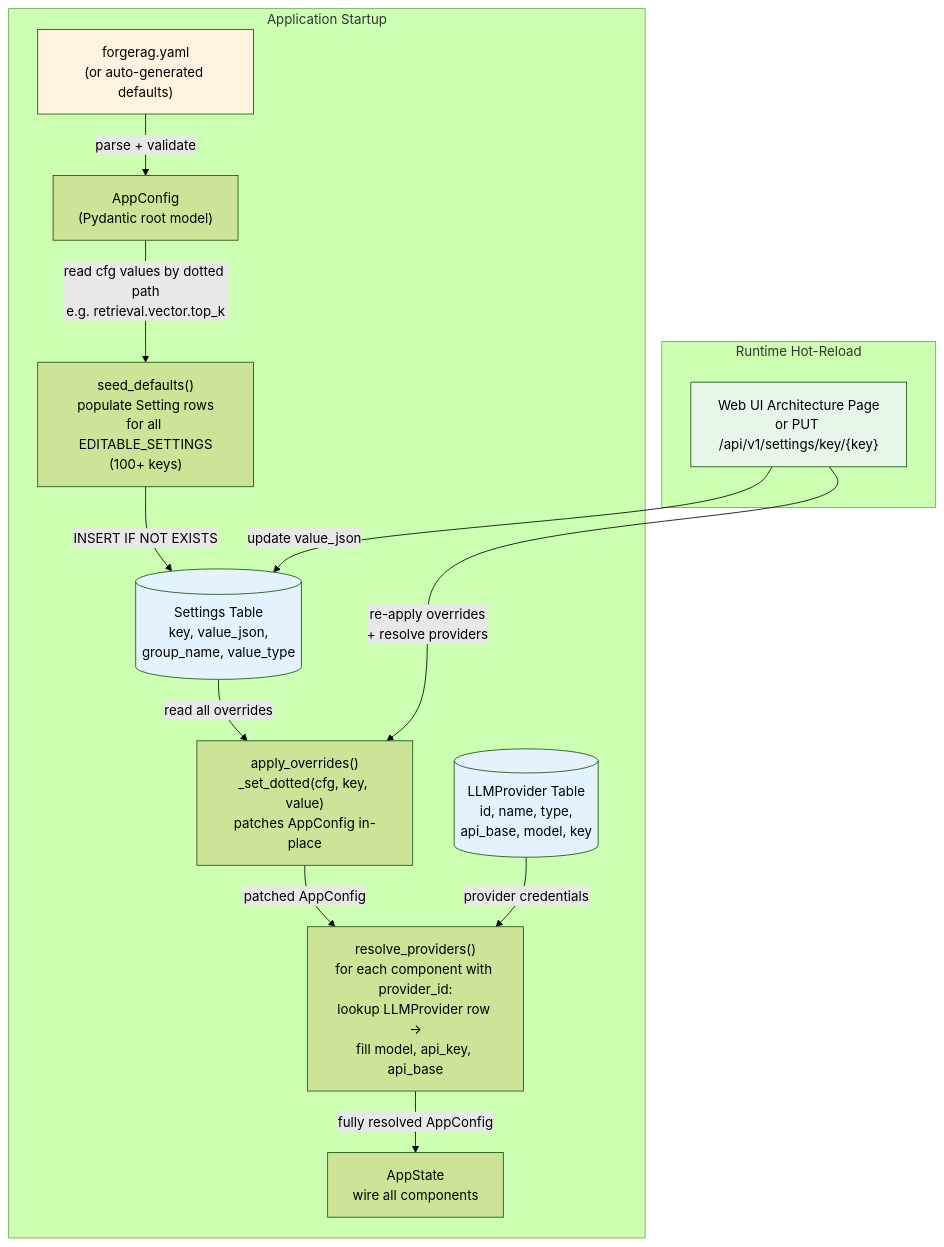
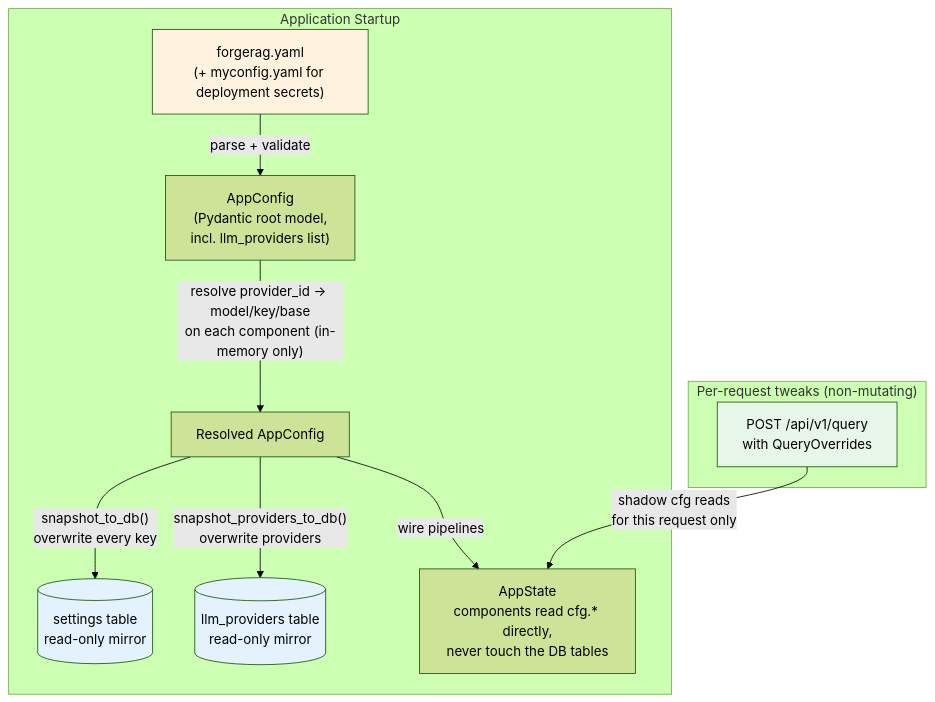
Before and after one commit to Danmushu/ForgeRAG: the eighth of 8 diagrams in docs/architecture.md, drawn with Mermaid (forest theme). The commit also changed other lines of this file and 60 other files, not shown here.

````diff
--- a/docs/architecture.md
+++ b/docs/architecture.md
@@ -729,30 +729,24 @@
 ```mermaid
 flowchart TB
     subgraph Startup ["Application Startup"]
-        YAML["forgerag.yaml<br/>(or auto-generated defaults)"]
-        YAML -->|"parse + validate"| AppCfg["AppConfig<br/>(Pydantic root model)"]
+        YAML["forgerag.yaml<br/>(+ myconfig.yaml for deployment secrets)"]
+        YAML -->|"parse + validate"| AppCfg["AppConfig<br/>(Pydantic root model,<br/>incl. llm_providers list)"]
 
-        AppCfg -->|"read cfg values by dotted path<br/>e.g. retrieval.vector.top_k"| Seed["seed_defaults()<br/>populate Setting rows<br/>for all EDITABLE_SETTINGS<br/>(100+ keys)"]
-        Seed -->|"INSERT IF NOT EXISTS"| DB[("Settings Table<br/>key, value_json,<br/>group_name, value_type")]
+        AppCfg -->|"resolve provider_id → model/key/base<br/>on each component (in-memory only)"| Resolved["Resolved AppConfig"]
 
-        DB -->|"read all overrides"| Apply["apply_overrides()<br/>_set_dotted(cfg, key, value)<br/>patches AppConfig in-place"]
-        Apply -->|"patched AppConfig"| Resolve
+        Resolved -->|"snapshot_to_db()<br/>overwrite every key"| DB[("settings table<br/>read-only mirror")]
+        Resolved -->|"snapshot_providers_to_db()<br/>overwrite providers"| ProvDB[("llm_providers table<br/>read-only mirror")]
 
-        ProvDB[("LLMProvider Table<br/>id, name, type,<br/>api_base, model, key")]
-        Resolve["resolve_providers()<br/>for each component with provider_id:<br/>lookup LLMProvider row →<br/>fill model, api_key, api_base"]
-        ProvDB -->|"provider credentials"| Resolve
-
-        Resolve -->|"fully resolved AppConfig"| State["AppState<br/>wire all components"]
+        Resolved -->|"wire pipelines"| State["AppState<br/>components read cfg.* directly,<br/>never touch the DB tables"]
     end
 
-    subgraph Runtime ["Runtime Hot-Reload"]
-        WebUI["Web UI Architecture Page<br/>or PUT /api/v1/settings/key/{key}"]
-        WebUI -->|"update value_json"| DB
-        WebUI -->|"re-apply overrides<br/>+ resolve providers"| Apply
+    subgraph PerRequest ["Per-request tweaks (non-mutating)"]
+        Req["POST /api/v1/query<br/>with QueryOverrides"]
+        Req -->|"shadow cfg reads<br/>for this request only"| State
     end
 
     style YAML fill:#fff3e0
-    style WebUI fill:#e8f5e9
     style DB fill:#e3f2fd
     style ProvDB fill:#e3f2fd
+    style Req fill:#e8f5e9
 ```
````
